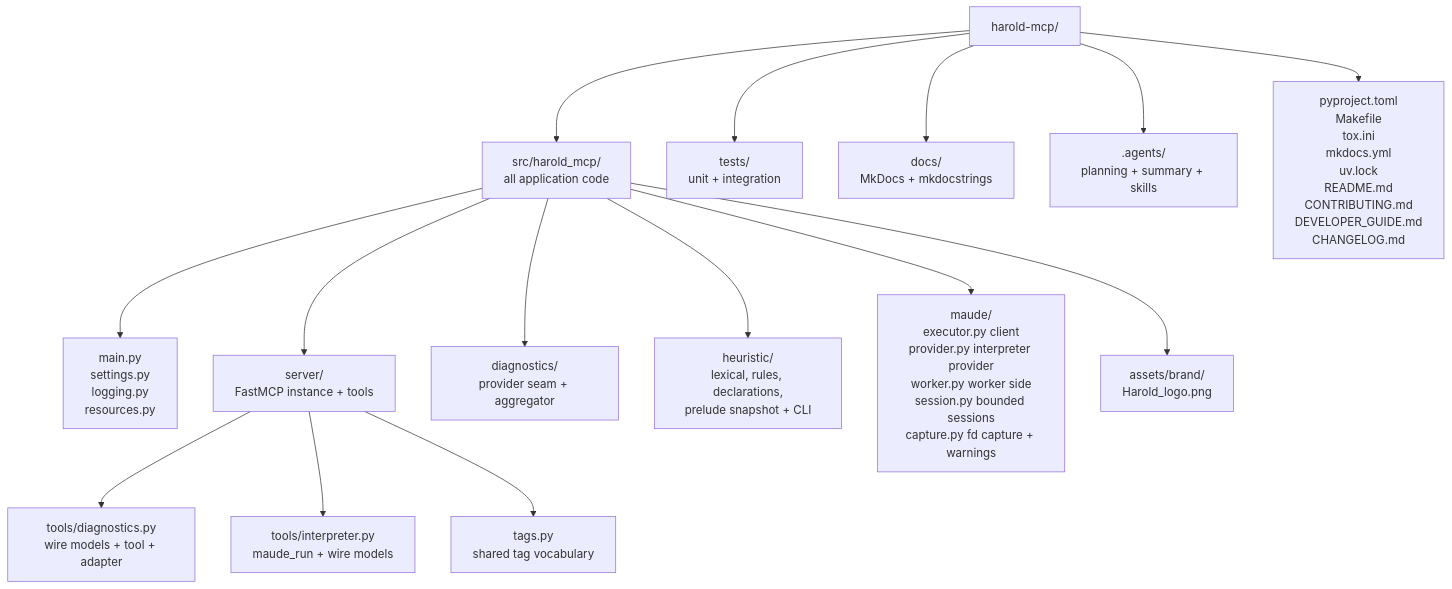
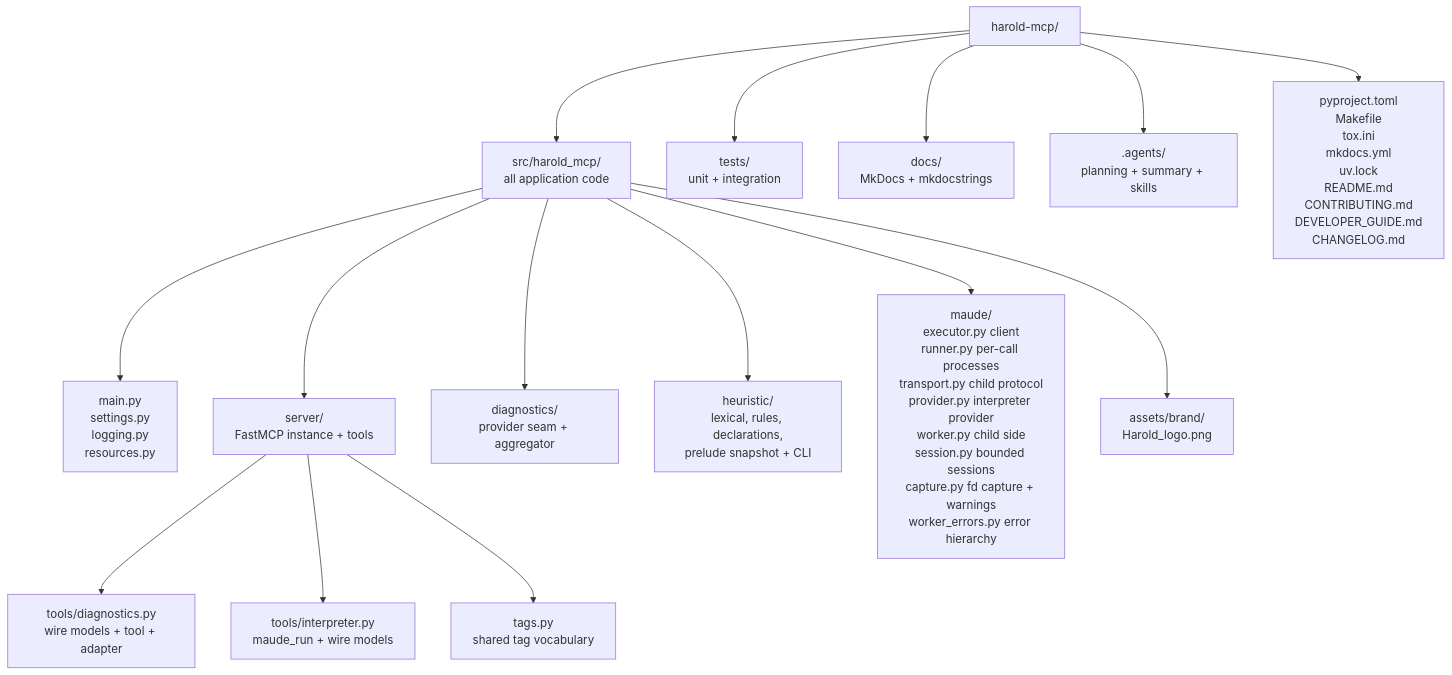
Before and after one commit to demiourgoi/Harold: the diagram in harold-mcp/AGENTS.md, drawn with Mermaid. The commit also changed other lines of this file and 17 other files, not shown here.

````diff
--- a/harold-mcp/AGENTS.md
+++ b/harold-mcp/AGENTS.md
@@ -41,17 +41,17 @@
 ```mermaid
 graph TB
     R[harold-mcp/] --> S[src/harold_mcp/<br>all application code]
     R --> T[tests/<br>unit + integration]
     R --> D[docs/<br>MkDocs + mkdocstrings]
     R --> A2[.agents/<br>planning + summary + skills]
     S --> F[main.py<br>settings.py<br>logging.py<br>resources.py]
     S --> SRV[server/<br>FastMCP instance + tools]
     SRV --> TO[tools/diagnostics.py<br>wire models + tool + adapter]
     SRV --> TI[tools/interpreter.py<br>maude_run + wire models]
     SRV --> TG[tags.py<br>shared tag vocabulary]
     S --> DG[diagnostics/<br>provider seam + aggregator]
     S --> HL[heuristic/<br>lexical, rules, declarations,<br>prelude snapshot + CLI]
-    S --> MD[maude/<br>executor.py client<br>provider.py interpreter provider<br>worker.py worker side<br>session.py bounded sessions<br>capture.py fd capture + warnings]
+    S --> MD[maude/<br>executor.py client<br>runner.py per-call processes<br>transport.py child protocol<br>provider.py interpreter provider<br>worker.py child side<br>session.py bounded sessions<br>capture.py fd capture + warnings<br>worker_errors.py error hierarchy]
     S --> A[assets/brand/<br>Harold_logo.png]
     R --> C[pyproject.toml<br>Makefile<br>tox.ini<br>mkdocs.yml<br>uv.lock<br>README.md<br>CONTRIBUTING.md<br>DEVELOPER_GUIDE.md<br>CHANGELOG.md]
 ```
````
